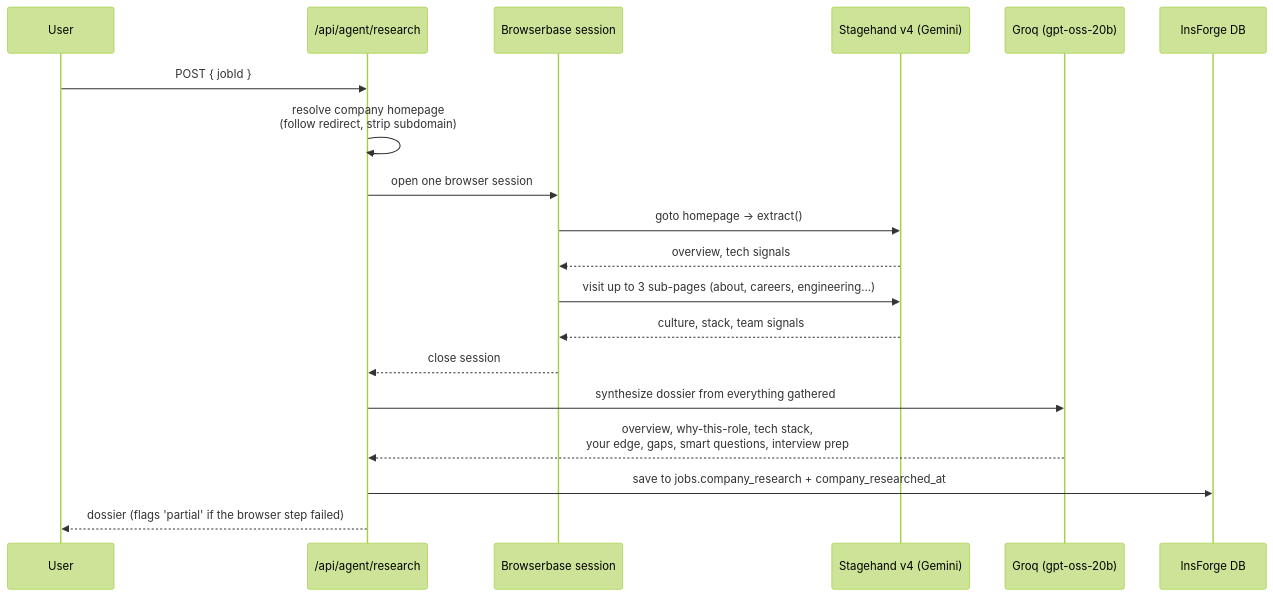
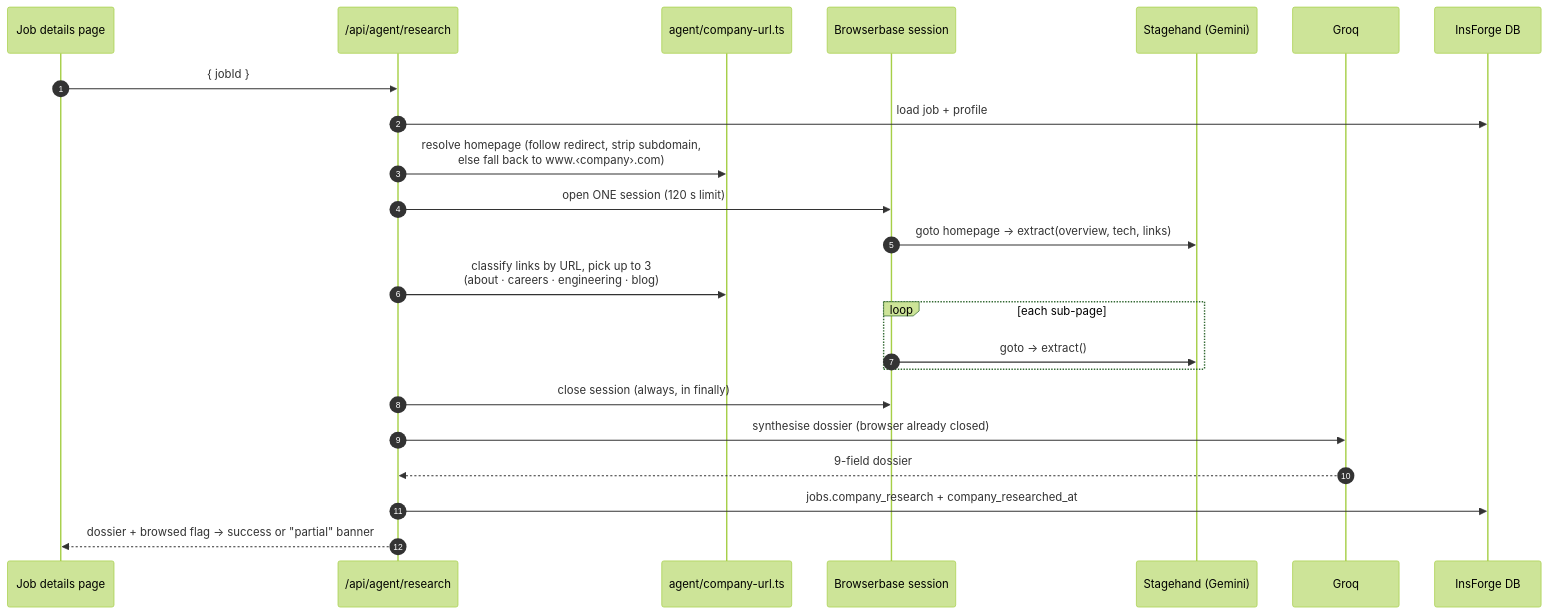
The seventh of 9 diagrams in README.md (PranavSingla101/Applyr-AI), drawn with Mermaid (forest theme) before and after one commit. The commit also changed other lines of this file and 21 other files, not shown here.

````diff
--- a/README.md
+++ b/README.md
@@ -207,22 +360,26 @@
 ```mermaid
 sequenceDiagram
-    participant U as User
+    autonumber
+    participant U as Job details page
     participant R as /api/agent/research
+    participant URL as agent/company-url.ts
     participant BB as Browserbase session
-    participant SH as Stagehand v4 (Gemini)
-    participant G as Groq (gpt-oss-20b)
+    participant SH as Stagehand (Gemini)
+    participant G as Groq
     participant DB as InsForge DB
 
-    U->>R: POST { jobId }
-    R->>R: resolve company homepage<br/>(follow redirect, strip subdomain)
-    R->>BB: open one browser session
-    BB->>SH: goto homepage → extract()
-    SH-->>BB: overview, tech signals
-    BB->>SH: visit up to 3 sub-pages (about, careers, engineering…)
-    SH-->>BB: culture, stack, team signals
-    BB-->>R: close session
-    R->>G: synthesize dossier from everything gathered
-    G-->>R: overview, why-this-role, tech stack,<br/>your edge, gaps, smart questions, interview prep
-    R->>DB: save to jobs.company_research + company_researched_at
-    R-->>U: dossier (flags 'partial' if the browser step failed)
+    U->>R: { jobId }
+    R->>DB: load job + profile
+    R->>URL: resolve homepage (follow redirect, strip subdomain,<br/>else fall back to www.‹company›.com)
+    R->>BB: open ONE session (120 s limit)
+    BB->>SH: goto homepage → extract(overview, tech, links)
+    R->>URL: classify links by URL, pick up to 3<br/>(about · careers · engineering · blog)
+    loop each sub-page
+        BB->>SH: goto → extract()
+    end
+    R->>BB: close session (always, in finally)
+    R->>G: synthesise dossier (browser already closed)
+    G-->>R: 9-field dossier
+    R->>DB: jobs.company_research + company_researched_at
+    R-->>U: dossier + browsed flag → success or "partial" banner
 ```
````
